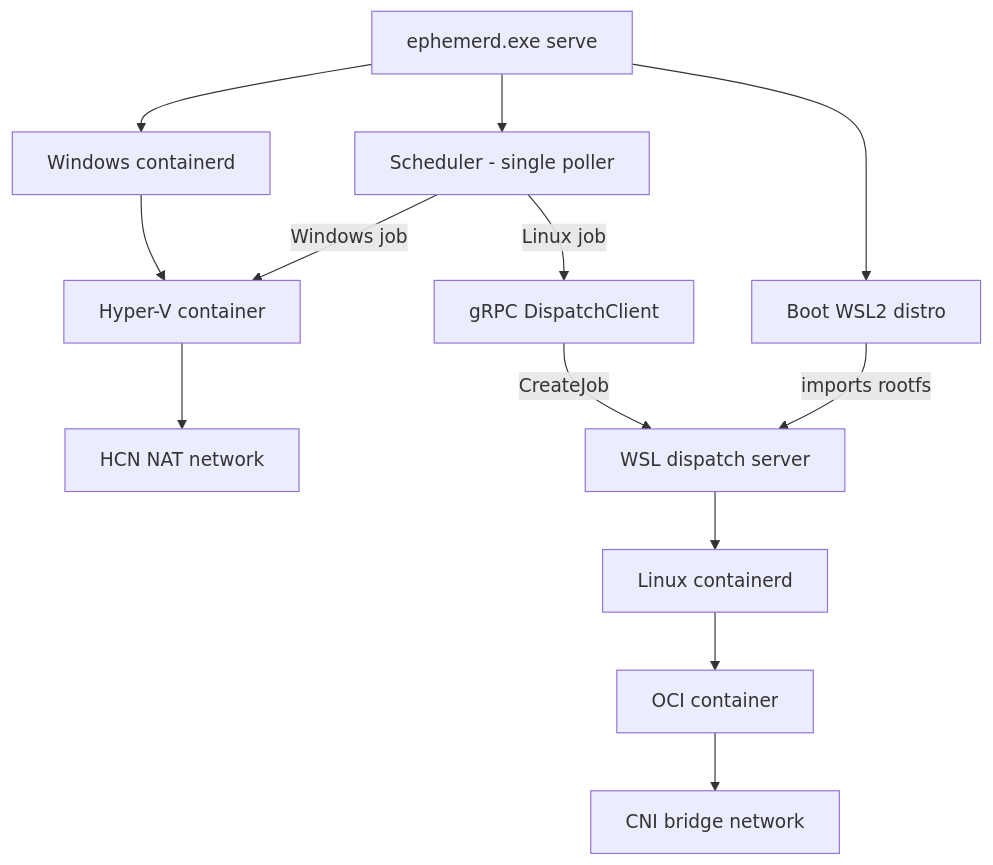
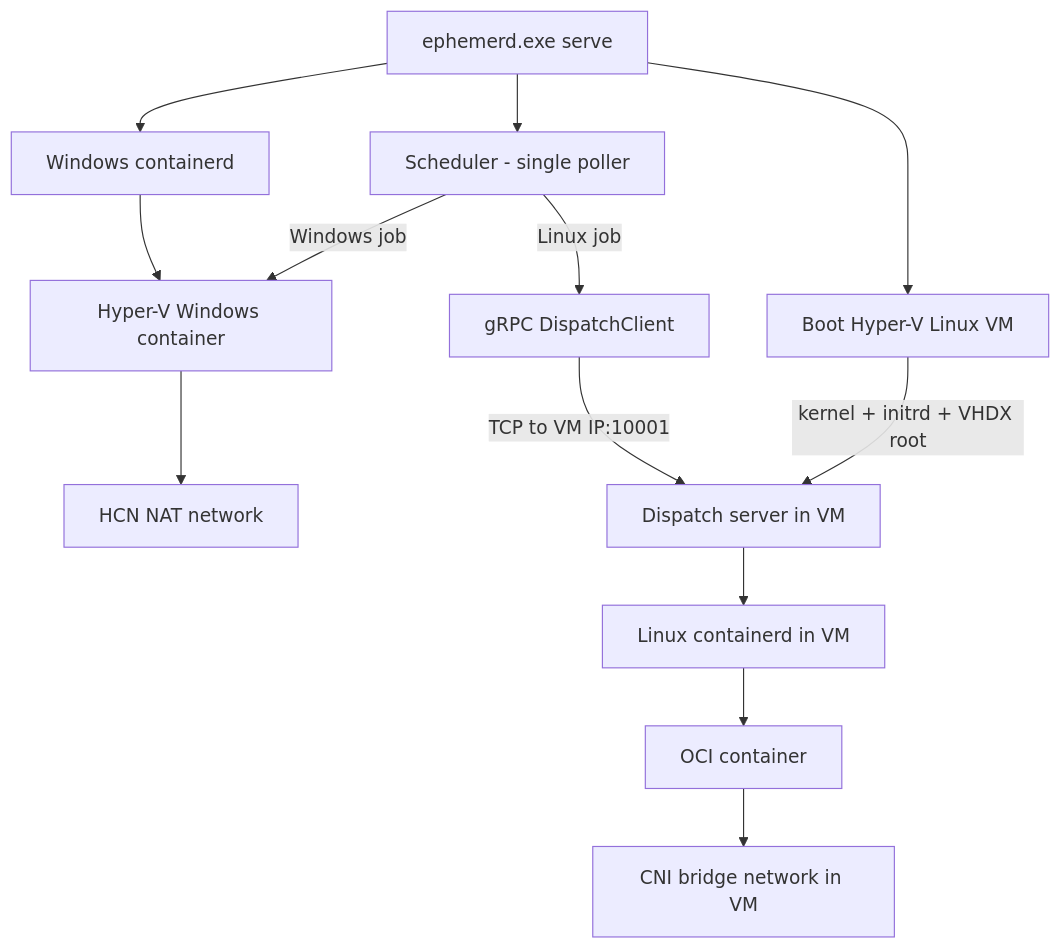
One commit to ephpm/ephemerd changed the second of 3 diagrams in docs/guides/how-it-works.md. Above: the diagram before and after it, drawn with Mermaid. The commit also changed other lines of this file and 14 other files, not shown here.

````diff
--- a/docs/guides/how-it-works.md
+++ b/docs/guides/how-it-works.md
@@ -39,18 +41,18 @@
 ```mermaid
 graph TD
     A[ephemerd.exe serve] --> B[Windows containerd]
     A --> C[Scheduler - single poller]
-    A --> D[Boot WSL2 distro]
+    A --> D[Boot Hyper-V Linux VM]
 
-    C -->|Windows job| E[Hyper-V container]
+    C -->|Windows job| E[Hyper-V Windows container]
     B --> E
     E --> F[HCN NAT network]
 
     C -->|Linux job| G[gRPC DispatchClient]
-    G -->|CreateJob| H[WSL dispatch server]
-    H --> I[Linux containerd]
+    G -->|TCP to VM IP:10001| H[Dispatch server in VM]
+    H --> I[Linux containerd in VM]
     I --> J[OCI container]
-    J --> K[CNI bridge network]
+    J --> K[CNI bridge network in VM]
 
-    D -->|imports rootfs| H
+    D -->|kernel + initrd + VHDX root| H
 ```
````
